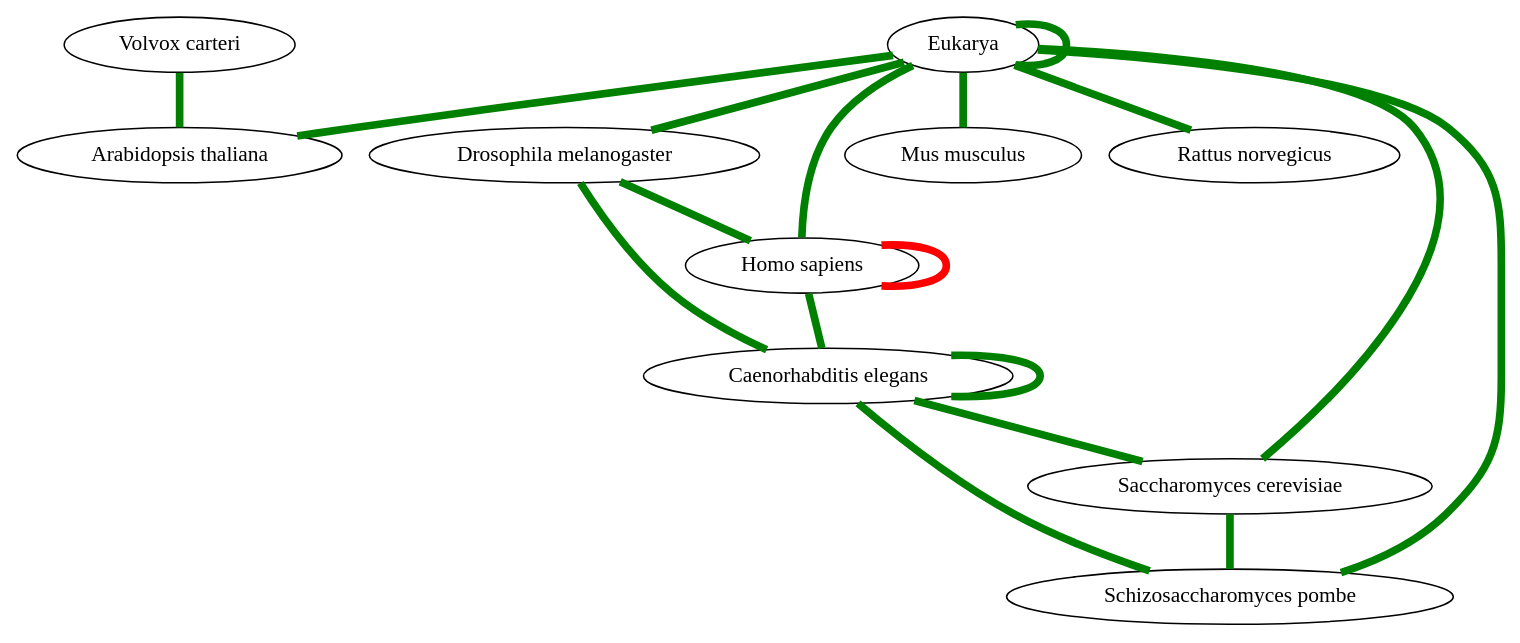
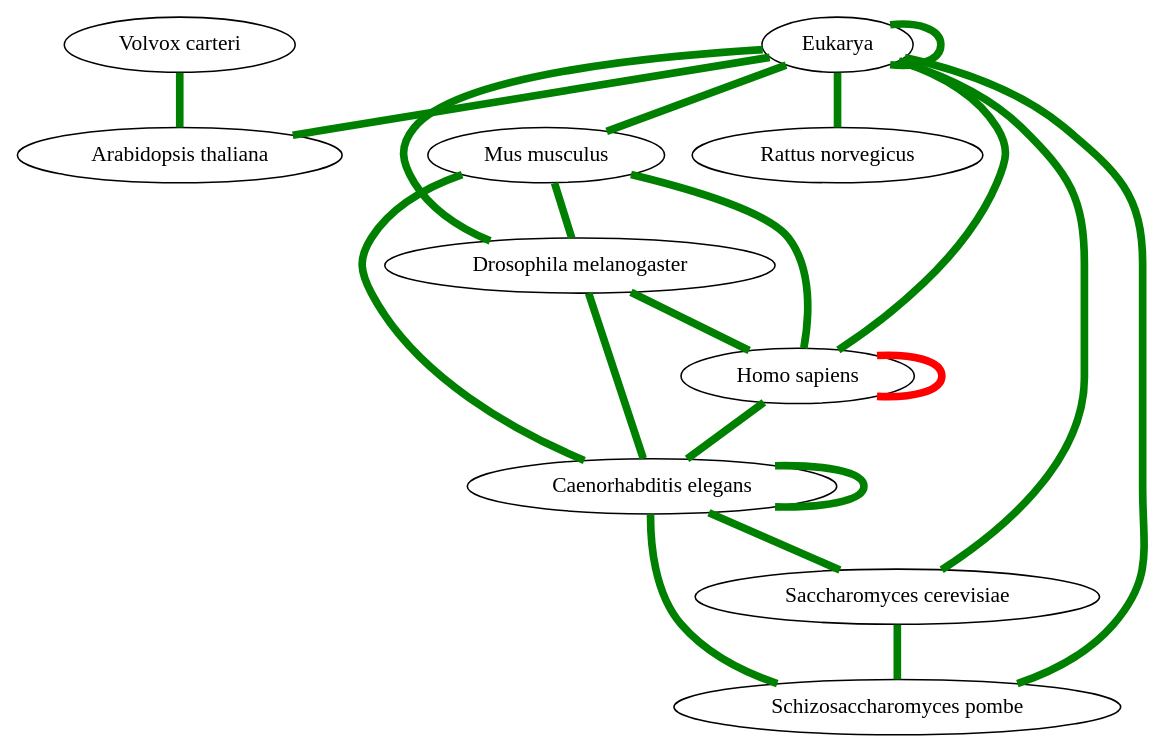
One commit to prwlr-dev/physical-interactions-summary-plots changed the diagram in single-summary.dot. Above: the diagram before and after it, drawn with Graphviz.

Commit message:
Add edges for Mus musculus

```diff
--- a/single-summary.dot
+++ b/single-summary.dot
@@ -1,29 +1,32 @@
 graph {
 "Eukarya";
 "Arabidopsis thaliana";
 "Volvox carteri";
 "Caenorhabditis elegans";
 "Drosophila melanogaster";
 "Homo sapiens";
 "Mus musculus";
 "Rattus norvegicus";
 "Saccharomyces cerevisiae";
 "Schizosaccharomyces pombe";
 "Eukarya" -- "Eukarya" [color=green, penwidth=5];
 "Eukarya" -- "Saccharomyces cerevisiae" [color=green, penwidth=5];
 "Eukarya" -- "Schizosaccharomyces pombe" [color=green, penwidth=5];
 "Eukarya" -- "Arabidopsis thaliana" [color=green, penwidth=5];
 "Eukarya" -- "Drosophila melanogaster" [color=green, penwidth=5];
 "Eukarya" -- "Homo sapiens" [color=green, penwidth=5];
 "Eukarya" -- "Mus musculus" [color=green, penwidth=5];
 "Eukarya" -- "Rattus norvegicus" [color=green, penwidth=5];
 "Volvox carteri" -- "Arabidopsis thaliana" [color=green, penwidth=5];
 "Saccharomyces cerevisiae" -- "Schizosaccharomyces pombe" [color=green, penwidth=5];
 "Caenorhabditis elegans" -- "Saccharomyces cerevisiae" [color=green, penwidth=5];
 "Caenorhabditis elegans" -- "Schizosaccharomyces pombe" [color=green, penwidth=5];
 "Caenorhabditis elegans" -- "Drosophila melanogaster" [color=green, penwidth=5];
 "Caenorhabditis elegans" -- "Caenorhabditis elegans" [color=green, penwidth=5];
 "Drosophila melanogaster" -- "Homo sapiens" [color=green, penwidth=5];
 "Homo sapiens" -- "Caenorhabditis elegans" [color=green, penwidth=5];
 "Homo sapiens" -- "Homo sapiens" [color=red, penwidth=5];
+"Mus musculus" -- "Caenorhabditis elegans" [color=green, penwidth=5];
+"Mus musculus" -- "Drosophila melanogaster" [color=green, penwidth=5];
+"Mus musculus" -- "Homo sapiens" [color=green, penwidth=5];
 }
```
